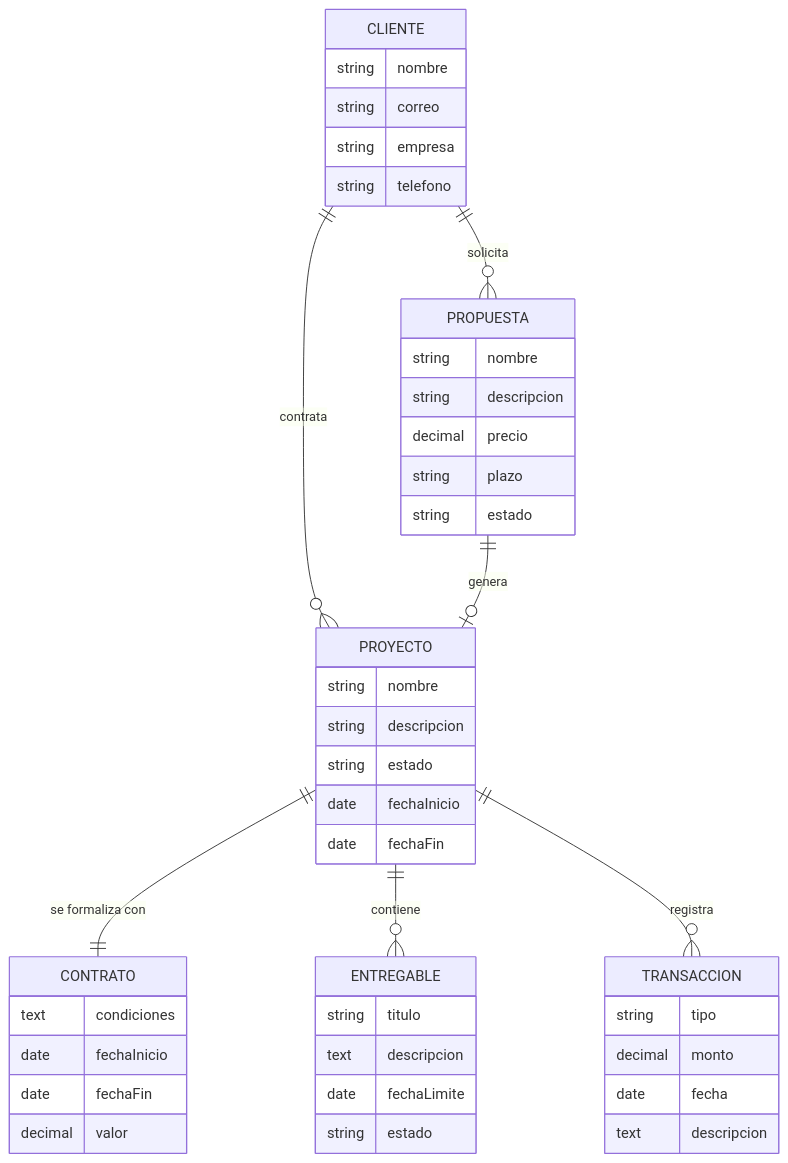
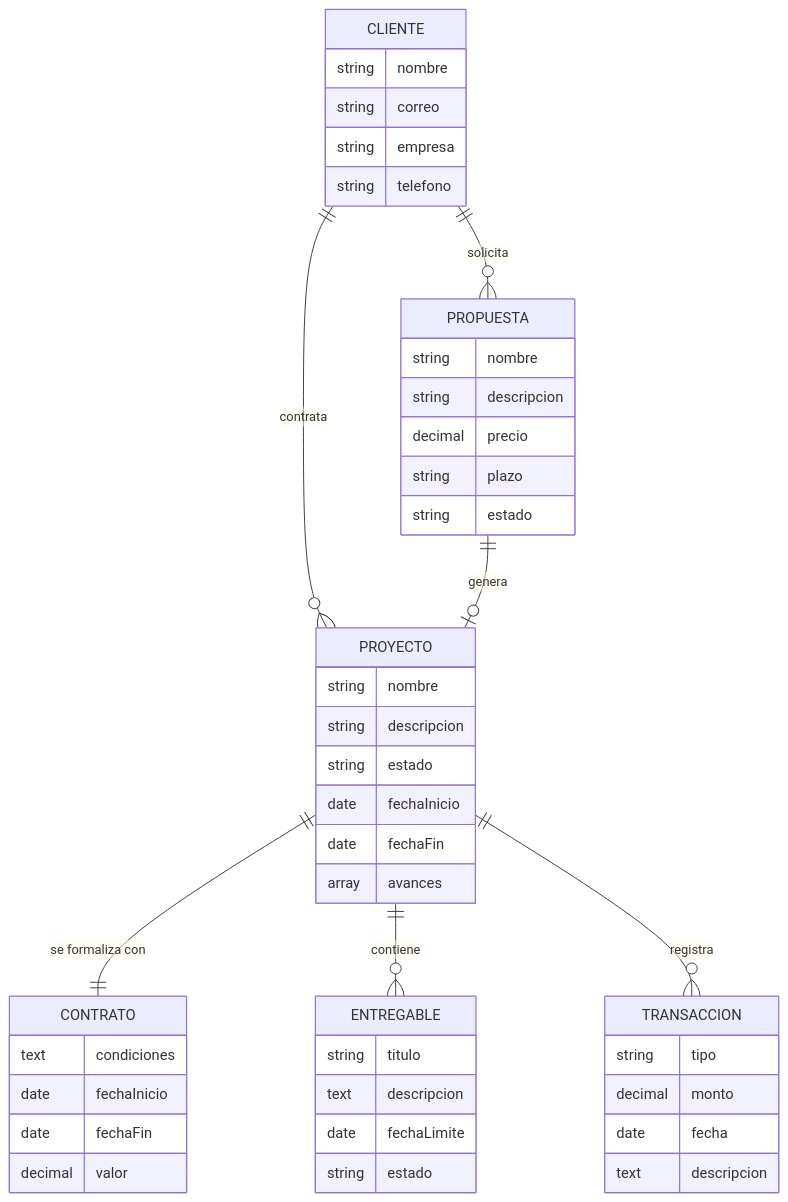
Before and after one commit to JuanSantoyoJ/Proyecto_S1_Node.JS_SantoyoJuan_GranadosOmar: the first of 2 diagrams in readme.md, drawn with Mermaid. The commit also changed 4 other files, not shown here.

````diff
--- a/readme.md
+++ b/readme.md
@@ -241,53 +241,54 @@
 ```mermaid
 erDiagram
     CLIENTE {
         string nombre
         string correo
         string empresa
         string telefono
     }
     
     PROPUESTA {
         string nombre
         string descripcion
         decimal precio
         string plazo
         string estado
     }
     
     PROYECTO {
         string nombre
         string descripcion
         string estado
         date fechaInicio
         date fechaFin
+        array avances
     }
     
     CONTRATO {
         text condiciones
         date fechaInicio
         date fechaFin
         decimal valor
     }
     
     ENTREGABLE {
         string titulo
         text descripcion
         date fechaLimite
         string estado
     }
     
     TRANSACCION {
         string tipo
         decimal monto
         date fecha
         text descripcion
     }
 
     CLIENTE ||--o{ PROPUESTA : solicita
     CLIENTE ||--o{ PROYECTO : contrata
     PROPUESTA ||--o| PROYECTO : genera
     PROYECTO ||--|| CONTRATO : "se formaliza con"
     PROYECTO ||--o{ ENTREGABLE : contiene
     PROYECTO ||--o{ TRANSACCION : registra
 ```
````
